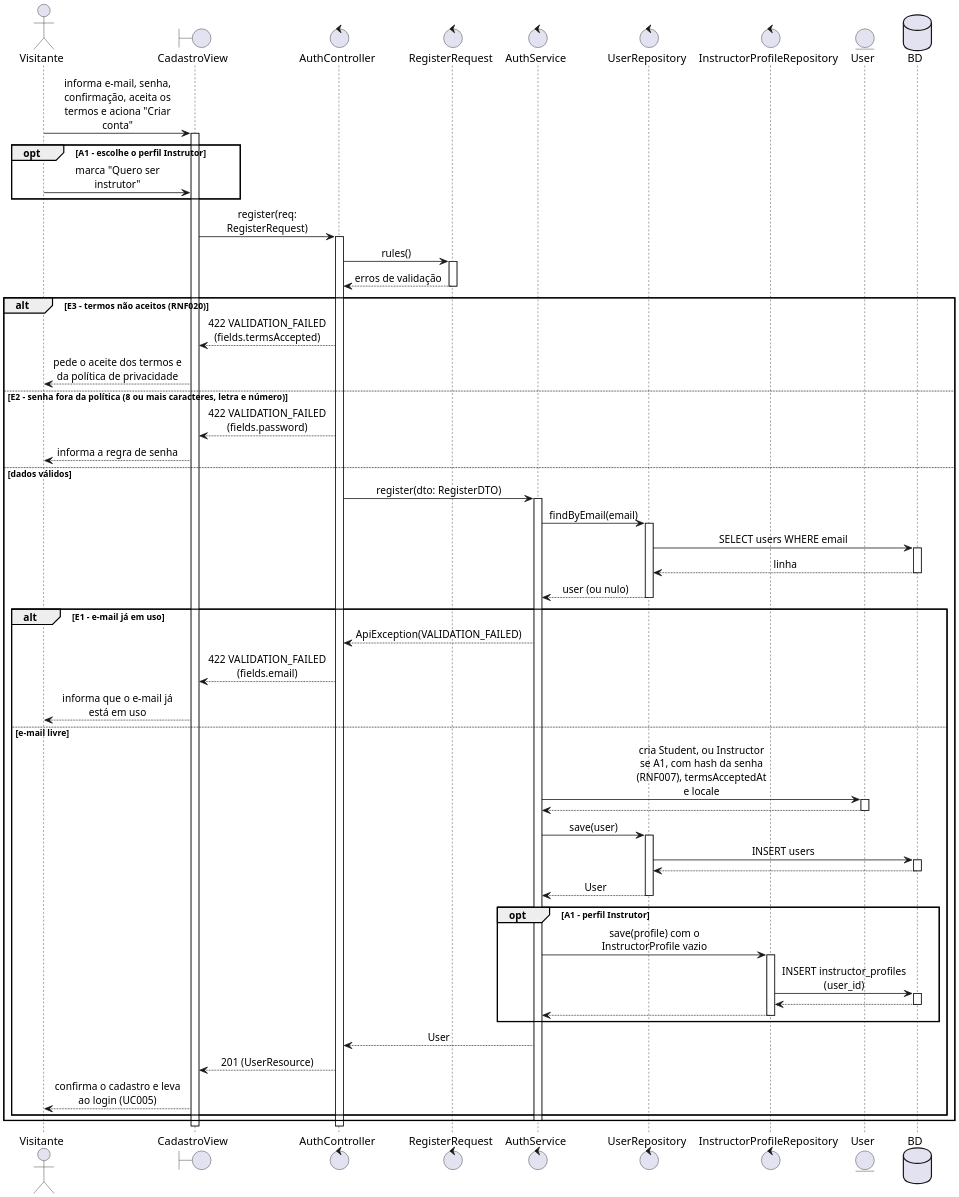
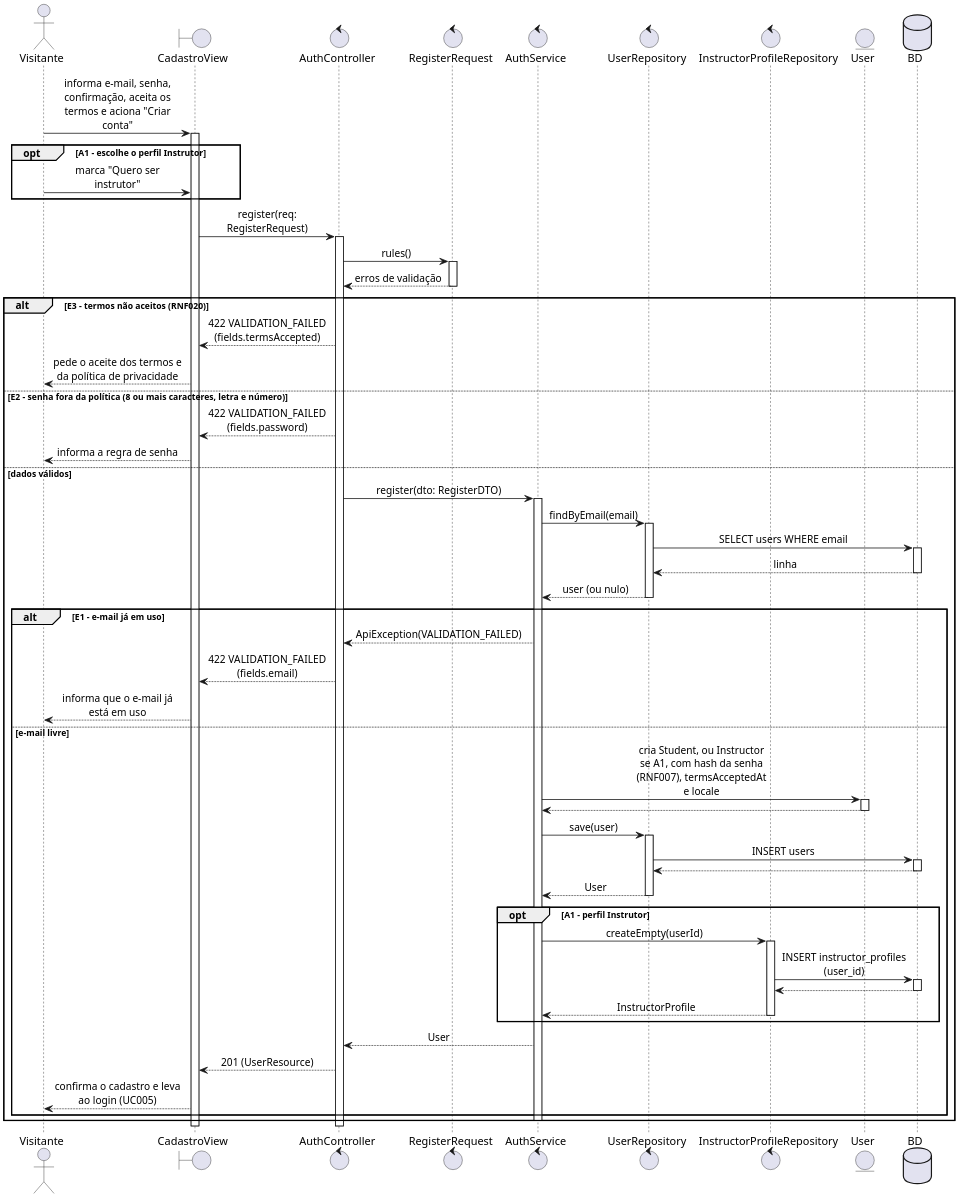
One commit to Plataforma-de-Cursos-TCC/plataforma-cursos-docs changed the diagram in scripts/drawio-seqgen/exemplos/14-sequencia-uc012.puml. Above: the diagram before and after it, drawn with PlantUML. The commit also changed 2 other files, not shown here.

Commit message:
fix(sequencia-uc012): create the empty instructor profile via repository
The sign-up sequence called save(profile) on InstructorProfileRepository
with an empty entity. The declared method for this step is
InstructorProfileRepository.createEmpty(userId), which the item 13 profile
diagram already has, so the sequence now calls it with the new user id.

Regenerated with the current seqgen, so the layer icons follow the role
by name.

```diff
--- a/scripts/drawio-seqgen/exemplos/14-sequencia-uc012.puml
+++ b/scripts/drawio-seqgen/exemplos/14-sequencia-uc012.puml
@@ -3,64 +3,64 @@
 @startuml 14-sequencia-uc012
 skinparam shadowing false
 skinparam dpi 192
 skinparam defaultFontName Arial
 skinparam sequenceMessageAlign center
 skinparam responseMessageBelowArrow true
 skinparam wrapMessageWidth 170
 skinparam BoxPadding 8
 
 actor Visitante as VIS
 boundary CadastroView as V
 control AuthController as C
 control RegisterRequest as Q
 control AuthService as S
 control UserRepository as R
 control InstructorProfileRepository as IR
 entity User as U
 database BD
 
 VIS -> V ++ : informa e-mail, senha, confirmação, aceita os termos e aciona "Criar conta"
 opt A1 - escolhe o perfil Instrutor
   VIS -> V : marca "Quero ser instrutor"
 end
 V -> C ++ : register(req: RegisterRequest)
 C -> Q ++ : rules()
 Q --> C -- : erros de validação
 alt E3 - termos não aceitos (RNF020)
   C --> V : 422 VALIDATION_FAILED (fields.termsAccepted)
   V --> VIS : pede o aceite dos termos e da política de privacidade
 else E2 - senha fora da política (8 ou mais caracteres, letra e número)
   C --> V : 422 VALIDATION_FAILED (fields.password)
   V --> VIS : informa a regra de senha
 else dados válidos
   C -> S ++ : register(dto: RegisterDTO)
   S -> R ++ : findByEmail(email)
   R -> BD ++ : SELECT users WHERE email
   BD --> R -- : linha
   R --> S -- : user (ou nulo)
   alt E1 - e-mail já em uso
     S --> C : ApiException(VALIDATION_FAILED)
     C --> V : 422 VALIDATION_FAILED (fields.email)
     V --> VIS : informa que o e-mail já está em uso
   else e-mail livre
     S -> U ++ : cria Student, ou Instructor se A1, com hash da senha (RNF007), termsAcceptedAt e locale
     U --> S --
     S -> R ++ : save(user)
     R -> BD ++ : INSERT users
     BD --> R --
     R --> S -- : User
     opt A1 - perfil Instrutor
-      S -> IR ++ : save(profile) com o InstructorProfile vazio
+      S -> IR ++ : createEmpty(userId)
       IR -> BD ++ : INSERT instructor_profiles (user_id)
       BD --> IR --
-      IR --> S --
+      IR --> S -- : InstructorProfile
     end
     S --> C : User
     C --> V : 201 (UserResource)
     V --> VIS : confirma o cadastro e leva ao login (UC005)
   end
   deactivate S
 end
 deactivate C
 deactivate V
 @enduml
```
